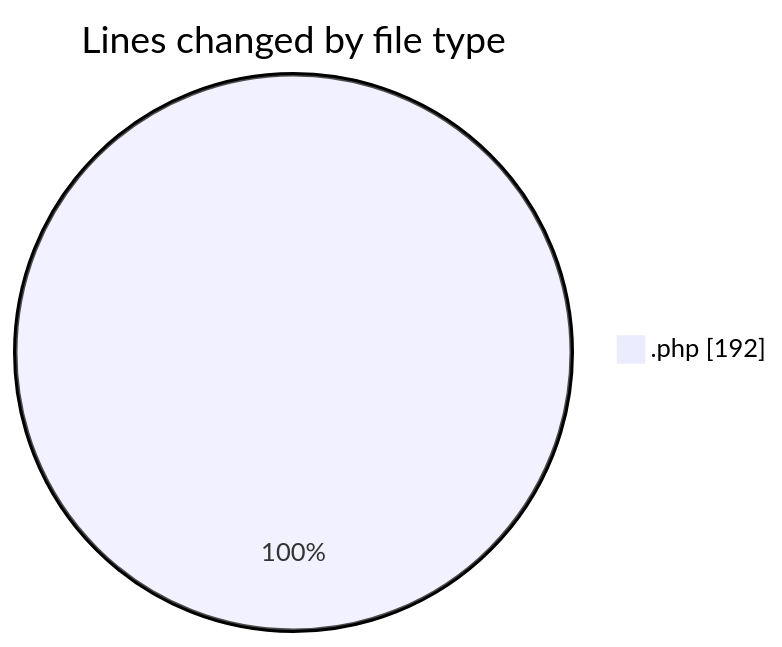
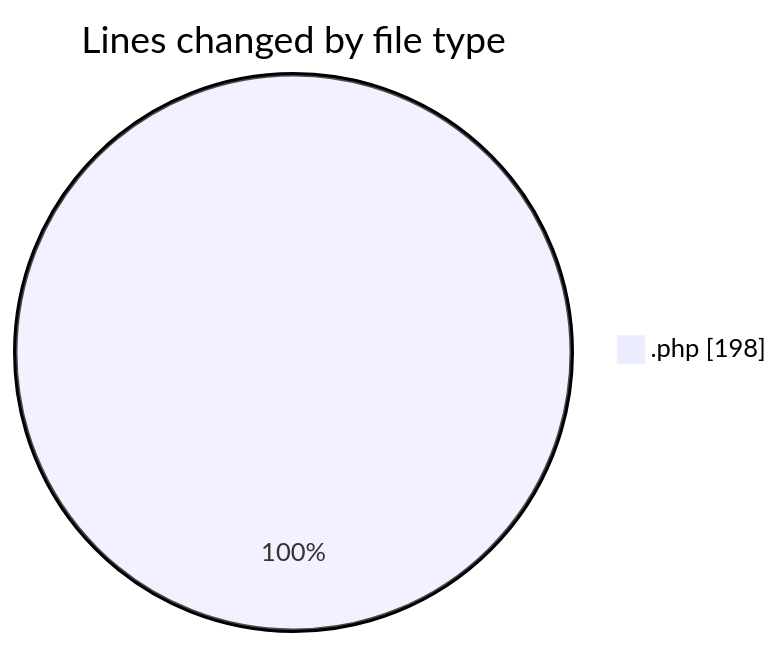
One commit to LanceThiago/code-tracking changed the first of 2 diagrams in 2025-09-16/totem2/README.md. Above: the diagram before and after it, drawn with Mermaid. The commit also changed other lines of this file and 1 other file, not shown here.

````diff
--- a/2025-09-16/totem2/README.md
+++ b/2025-09-16/totem2/README.md
@@ -21,5 +21,5 @@
 ```mermaid
 pie showData
 title Lines changed by file type
-".php" : 192
+".php" : 198
 ```
````
